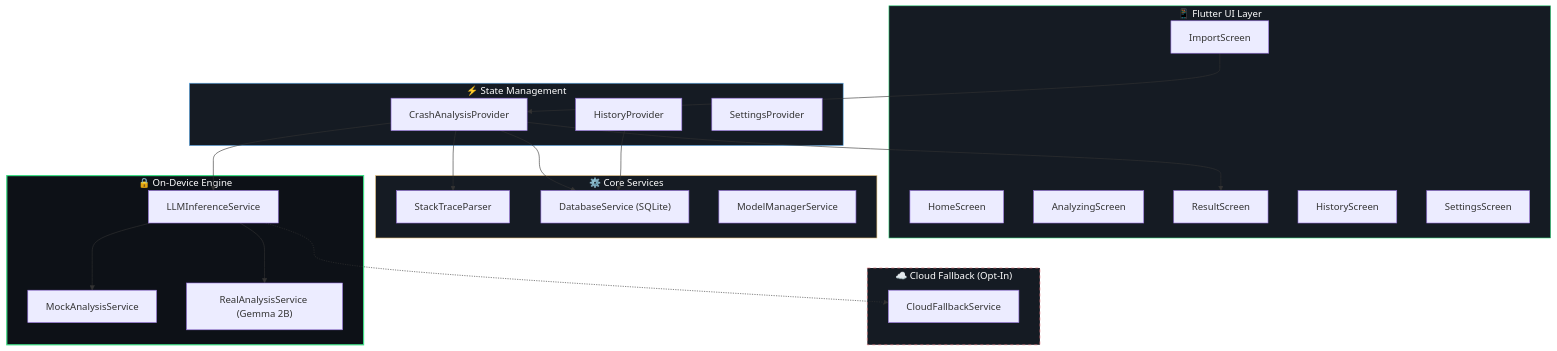
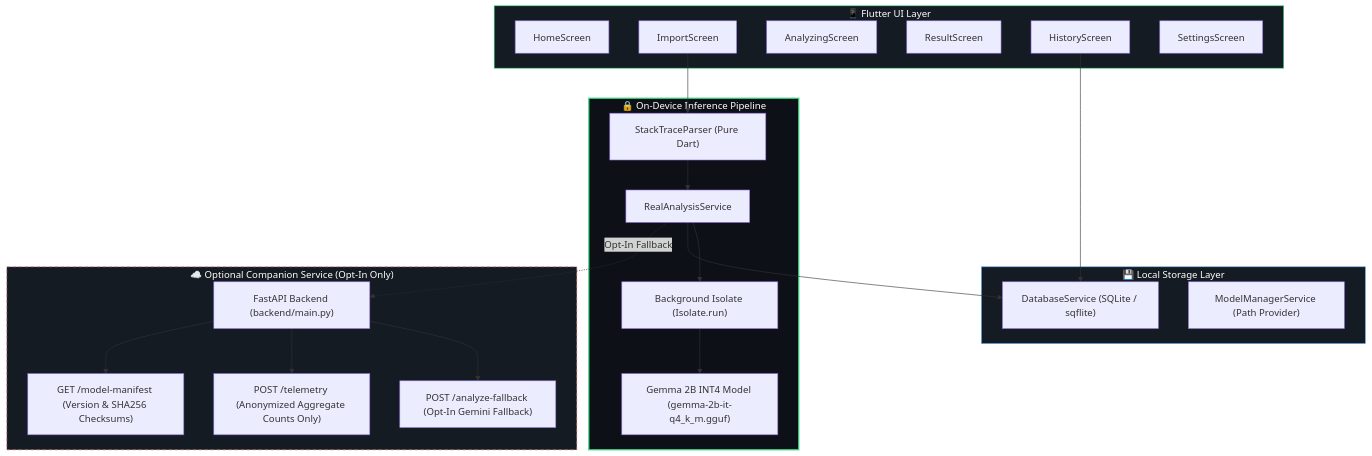
One commit to chandril-mallick/crashlens_ai changed the diagram in README.md. Above: the diagram before and after it, drawn with Mermaid. The commit also changed other lines of this file and 11 other files, not shown here.

````diff
--- a/README.md
+++ b/README.md
@@ -39,49 +52,46 @@
 ```mermaid
 flowchart TD
     subgraph UI["📱 Flutter UI Layer"]
         HS["HomeScreen"]
         IS["ImportScreen"]
         AS["AnalyzingScreen"]
         RS["ResultScreen"]
         HIST["HistoryScreen"]
         SET["SettingsScreen"]
     end
 
-    subgraph STATE["⚡ State Management"]
-        CAP["CrashAnalysisProvider"]
-        HP["HistoryProvider"]
-        SP["SettingsProvider"]
+    subgraph ENGINE["🔒 On-Device Inference Pipeline"]
+        STP["StackTraceParser (Pure Dart)"]
+        RAS["RealAnalysisService"]
+        ISO["Background Isolate (Isolate.run)"]
+        GEM["Gemma 2B INT4 Model (gemma-2b-it-q4_k_m.gguf)"]
     end
 
-    subgraph SERVICES["⚙️ Core Services"]
-        STP["StackTraceParser"]
-        DBS["DatabaseService (SQLite)"]
-        MMS["ModelManagerService"]
+    subgraph STORAGE["💾 Local Storage Layer"]
+        DBS["DatabaseService (SQLite / sqflite)"]
+        MMS["ModelManagerService (Path Provider)"]
     end
 
-    subgraph INFERENCE["🔒 On-Device Engine"]
-        LLM_IF["LLMInferenceService"]
-        MOCK["MockAnalysisService"]
-        REAL["RealAnalysisService (Gemma 2B)"]
+    subgraph BACKEND["☁️ Optional Companion Service (Opt-In Only)"]
+        FAST["FastAPI Backend (backend/main.py)"]
+        TEL["POST /telemetry (Anonymized Aggregate Counts Only)"]
+        MAN["GET /model-manifest (Version & SHA256 Checksums)"]
+        FALL["POST /analyze-fallback (Opt-In Gemini Fallback)"]
     end
 
-    subgraph CLOUD["☁️ Cloud Fallback (Opt-In)"]
-        CFS["CloudFallbackService"]
-    end
-
-    IS --> CAP
-    CAP --> STP
-    CAP --> LLM_IF
-    LLM_IF --> MOCK
-    LLM_IF --> REAL
-    CAP --> RS
-    CAP --> DBS
-    HP --> DBS
-    LLM_IF -.-> CFS
+    IS --> STP
+    STP --> RAS
+    RAS --> ISO
+    ISO --> GEM
+    RAS --> DBS
+    HIST --> DBS
+    RAS -. Opt-In Fallback .-> FAST
+    FAST --> FALL
+    FAST --> TEL
+    FAST --> MAN
 
     style UI fill:#151B23,stroke:#3DDC84,color:#FFF
-    style STATE fill:#151B23,stroke:#61AFEF,color:#FFF
-    style SERVICES fill:#151B23,stroke:#E5C07B,color:#FFF
-    style INFERENCE fill:#0D1117,stroke:#3DDC84,stroke-width:2px,color:#FFF
-    style CLOUD fill:#151B23,stroke:#E06C75,stroke-dasharray: 5 5,color:#FFF
+    style ENGINE fill:#0D1117,stroke:#3DDC84,stroke-width:2px,color:#FFF
+    style STORAGE fill:#151B23,stroke:#61AFEF,color:#FFF
+    style BACKEND fill:#151B23,stroke:#E06C75,stroke-dasharray: 5 5,color:#FFF
 ```
````
